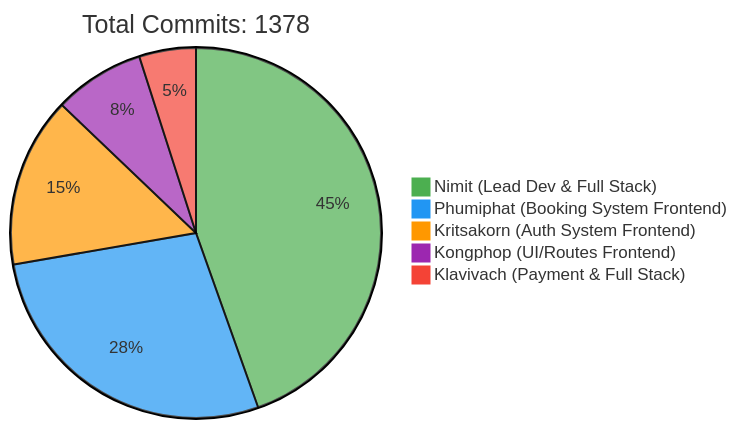
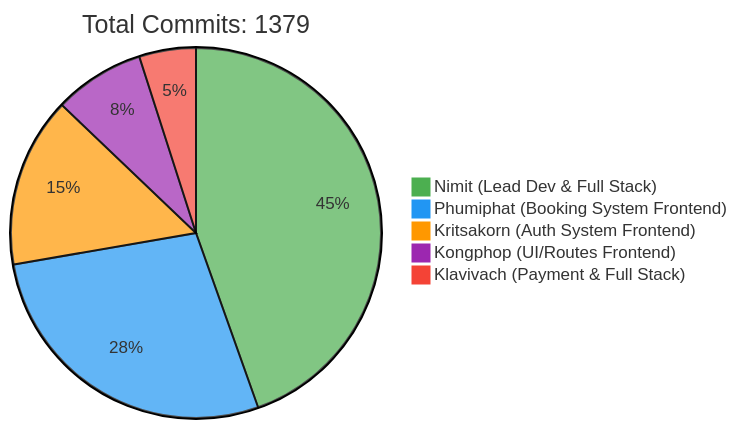
Before and after one commit to 6531503042/Sport-Complex: the first of 2 diagrams in README.md, drawn with Mermaid. The commit also changed other lines of this file, not shown here.

Commit message:
docs: Update contributor statistics [skip ci]

````diff
--- a/README.md
+++ b/README.md
@@ -257,10 +257,10 @@
 ```mermaid
 %%{init: {'theme': 'base', 'themeVariables': { 'pie1': '#4CAF50', 'pie2': '#2196F3', 'pie3': '#FF9800', 'pie4': '#9C27B0', 'pie5': '#F44336'}}}%%
 pie
-    title Total Commits: 1378
+    title Total Commits: 1379
     "Nimit (Lead Dev & Full Stack)" : 450
     "Phumiphat (Booking System Frontend)" : 280
     "Kritsakorn (Auth System Frontend)" : 150
     "Kongphop (UI/Routes Frontend)" : 80
     "Klavivach (Payment & Full Stack)" : 50
 ```
````
